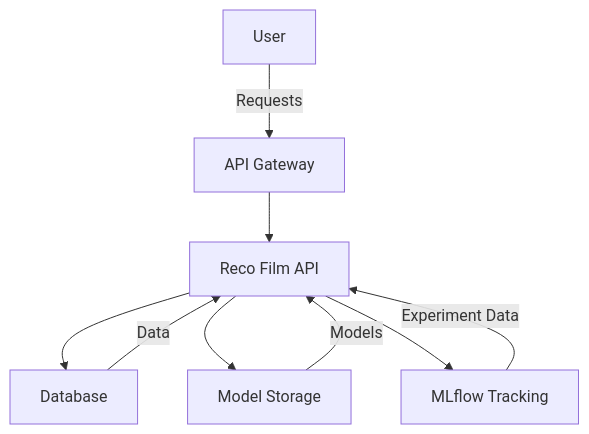
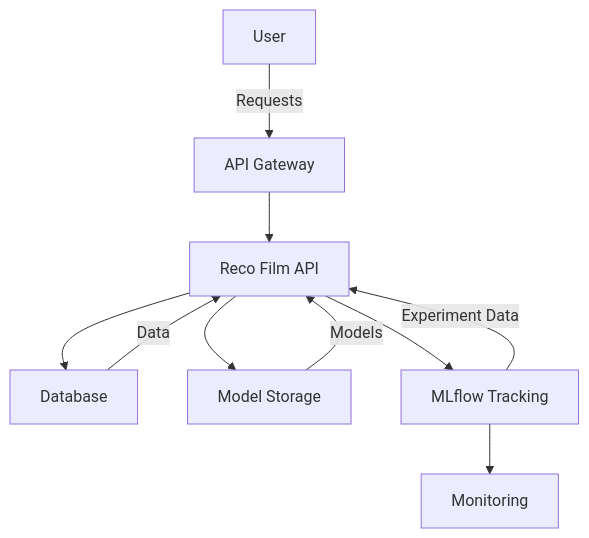
The diagram in README.md (DataScientest-Studio/juin24_cmlops_reco_film), drawn with Mermaid before and after one commit.

Commit message:
docs: Add monitoring section to the architecture diagram in README

````diff
--- a/README.md
+++ b/README.md
@@ -110,11 +110,12 @@
 ```mermaid
 graph TD;
     A[User] -->|Requests| B[API Gateway];
     B --> C[Reco Film API];
     C --> D[Database];
     C --> E[Model Storage];
     C --> F[MLflow Tracking];
+    F --> G[Monitoring];
     D -->|Data| C;
     E -->|Models| C;
     F -->|Experiment Data| C;
 ```
````
